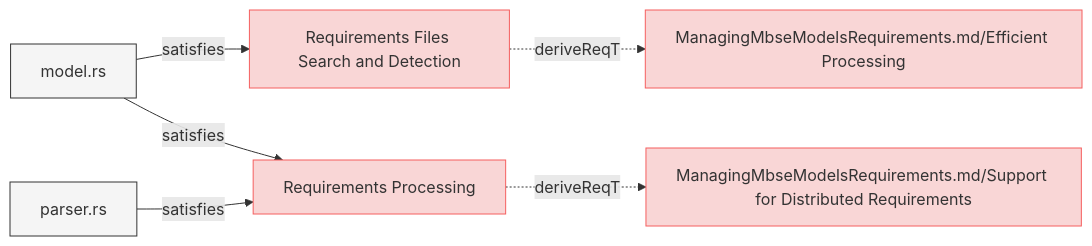
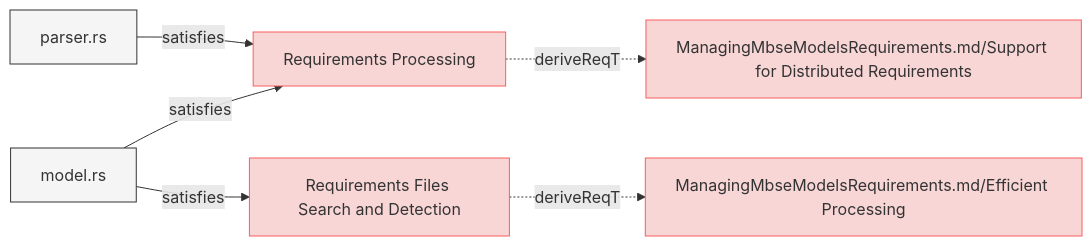
One commit to reqvire-org/reqvire changed the fourth of 8 diagrams in specifications/SystemRequirements/Requirements.md. Above: the diagram before and after it, drawn with Mermaid. The commit also changed other lines of this file and 160 other files, not shown here.

````diff
--- a/specifications/SystemRequirements/Requirements.md
+++ b/specifications/SystemRequirements/Requirements.md
@@ -441,32 +441,32 @@
 ```mermaid
 graph LR;
   %% Graph styling
   classDef requirement fill:#f9d6d6,stroke:#f55f5f,stroke-width:1px;
   classDef verification fill:#d6f9d6,stroke:#5fd75f,stroke-width:1px;
   classDef externalLink fill:#d0e0ff,stroke:#3080ff,stroke-width:1px;
   classDef default fill:#f5f5f5,stroke:#333333,stroke-width:1px;
 
-  fb2eb9df7ab72606["Requirements Files Search and Detection"];
-  click fb2eb9df7ab72606 "https://github.com/ilijaljubicic/ReqFlow/blob/73d5ae1d93adea71fdf4cc508be4d1ae09be068f/specifications/SystemRequirements/Requirements.md#requirements-files-search-and-detection";
-  class fb2eb9df7ab72606 requirement;
-  aac74edfeb367501["ManagingMbseModelsRequirements.md/Efficient Processing"];
-  class aac74edfeb367501 requirement;
-  click aac74edfeb367501 "https://github.com/ilijaljubicic/ReqFlow/blob/73d5ae1d93adea71fdf4cc508be4d1ae09be068f/specifications/ManagingMbseModelsRequirements.md#efficient-processing";
-  fb2eb9df7ab72606 -.->|deriveReqT| aac74edfeb367501;
-  9efd257c4e6a45f9["model.rs"];
-  class 9efd257c4e6a45f9 default;
-  click 9efd257c4e6a45f9 "https://github.com/ilijaljubicic/ReqFlow/blob/73d5ae1d93adea71fdf4cc508be4d1ae09be068f/core/src/model.rs";
-  9efd257c4e6a45f9 -->|satisfies| fb2eb9df7ab72606;
-  6aeba4bf990bc9e4["Requirements Processing"];
-  click 6aeba4bf990bc9e4 "https://github.com/ilijaljubicic/ReqFlow/blob/73d5ae1d93adea71fdf4cc508be4d1ae09be068f/specifications/SystemRequirements/Requirements.md#requirements-processing";
-  class 6aeba4bf990bc9e4 requirement;
-  fe433967471bc04f["ManagingMbseModelsRequirements.md/Support for Distributed Requirements"];
-  class fe433967471bc04f requirement;
-  click fe433967471bc04f "https://github.com/ilijaljubicic/ReqFlow/blob/73d5ae1d93adea71fdf4cc508be4d1ae09be068f/specifications/ManagingMbseModelsRequirements.md#support-for-distributed-requirements";
-  6aeba4bf990bc9e4 -.->|deriveReqT| fe433967471bc04f;
-  9efd257c4e6a45f9 -->|satisfies| 6aeba4bf990bc9e4;
-  f92be9685a777557["parser.rs"];
-  class f92be9685a777557 default;
-  click f92be9685a777557 "https://github.com/ilijaljubicic/ReqFlow/blob/73d5ae1d93adea71fdf4cc508be4d1ae09be068f/core/src/parser.rs";
-  f92be9685a777557 -->|satisfies| 6aeba4bf990bc9e4;
+  c6d19363284e9125["Requirements Processing"];
+  click c6d19363284e9125 "https://github.com/ilijaljubicic/Reqvire/blob/8a68ca1eab81bac7964085e47777a0a92447c6a5/specifications/SystemRequirements/Requirements.md#requirements-processing";
+  class c6d19363284e9125 requirement;
+  1355222227e76540["ManagingMbseModelsRequirements.md/Support for Distributed Requirements"];
+  class 1355222227e76540 requirement;
+  click 1355222227e76540 "https://github.com/ilijaljubicic/Reqvire/blob/8a68ca1eab81bac7964085e47777a0a92447c6a5/specifications/ManagingMbseModelsRequirements.md#support-for-distributed-requirements";
+  c6d19363284e9125 -.->|deriveReqT| 1355222227e76540;
+  2671722513a08b18["model.rs"];
+  class 2671722513a08b18 default;
+  click 2671722513a08b18 "https://github.com/ilijaljubicic/Reqvire/blob/8a68ca1eab81bac7964085e47777a0a92447c6a5/core/src/model.rs";
+  2671722513a08b18 -->|satisfies| c6d19363284e9125;
+  8af498811b4b1f17["parser.rs"];
+  class 8af498811b4b1f17 default;
+  click 8af498811b4b1f17 "https://github.com/ilijaljubicic/Reqvire/blob/8a68ca1eab81bac7964085e47777a0a92447c6a5/core/src/parser.rs";
+  8af498811b4b1f17 -->|satisfies| c6d19363284e9125;
+  734ff30870a0bde0["Requirements Files Search and Detection"];
+  click 734ff30870a0bde0 "https://github.com/ilijaljubicic/Reqvire/blob/8a68ca1eab81bac7964085e47777a0a92447c6a5/specifications/SystemRequirements/Requirements.md#requirements-files-search-and-detection";
+  class 734ff30870a0bde0 requirement;
+  b6c8faf2d138c14a["ManagingMbseModelsRequirements.md/Efficient Processing"];
+  class b6c8faf2d138c14a requirement;
+  click b6c8faf2d138c14a "https://github.com/ilijaljubicic/Reqvire/blob/8a68ca1eab81bac7964085e47777a0a92447c6a5/specifications/ManagingMbseModelsRequirements.md#efficient-processing";
+  734ff30870a0bde0 -.->|deriveReqT| b6c8faf2d138c14a;
+  2671722513a08b18 -->|satisfies| 734ff30870a0bde0;
 ```
````
